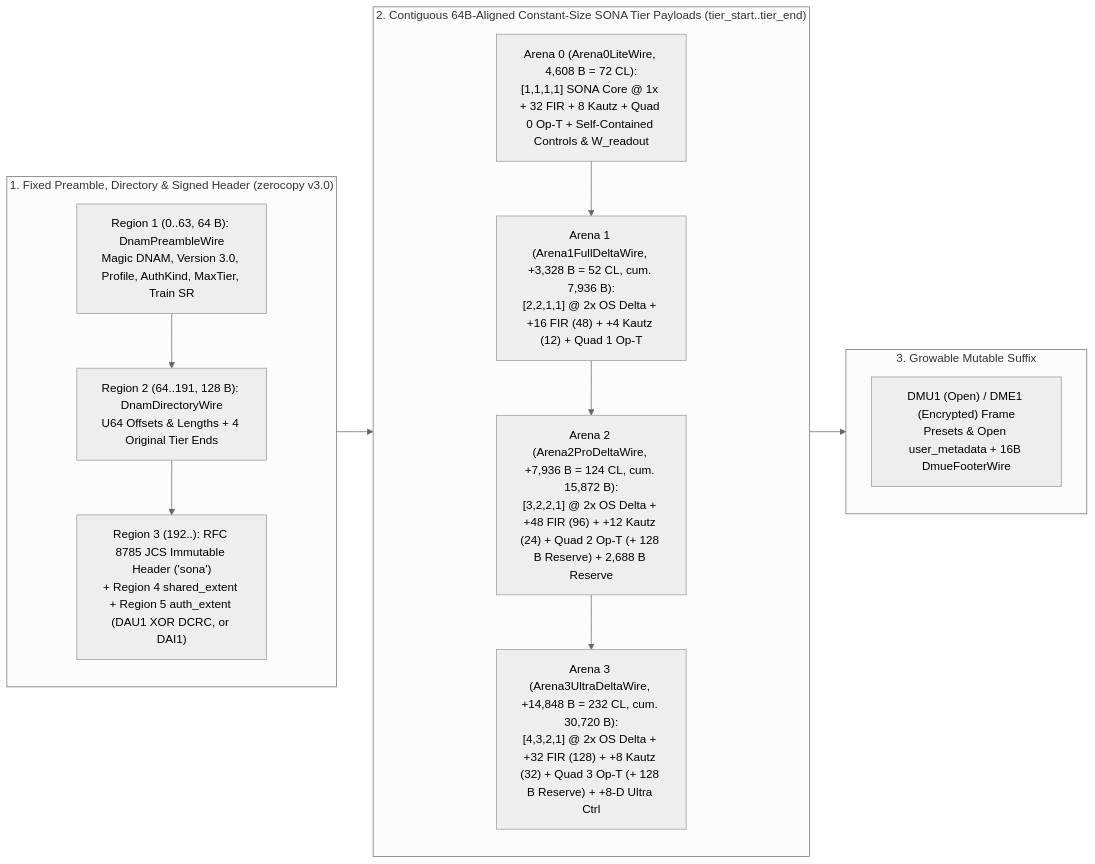
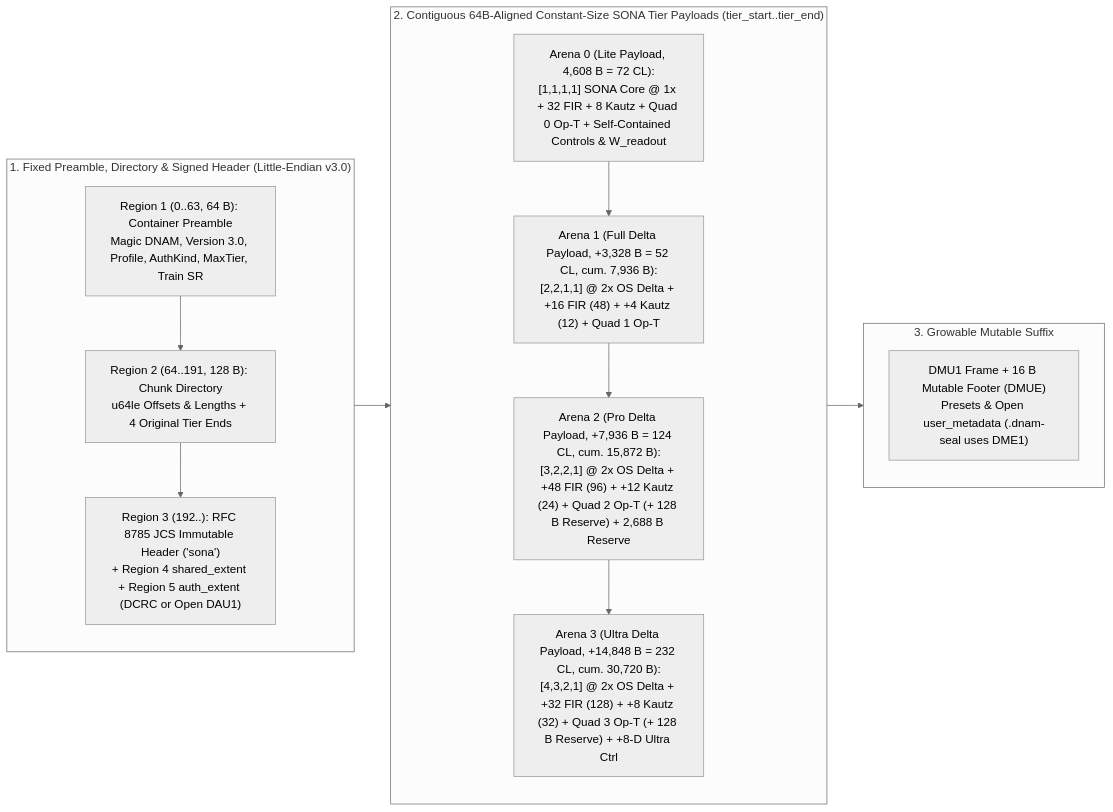
One commit to mokugen/dnam changed the diagram in docs/specs/containers/dnam_binary_format.md. Above: the diagram before and after it, drawn with Mermaid (neutral theme). The commit also changed other lines of this file and 198 other files, not shown here.

````diff
--- a/docs/specs/containers/dnam_binary_format.md
+++ b/docs/specs/containers/dnam_binary_format.md
@@ -36,25 +54,25 @@
 ```mermaid
 flowchart LR
-    subgraph Header ["1. Fixed Preamble, Directory & Signed Header (zerocopy v3.0)"]
+    subgraph Header ["1. Fixed Preamble, Directory & Signed Header (Little-Endian v3.0)"]
         direction TB
-        P["Region 1 (0..63, 64 B): DnamPreambleWire<br/>Magic DNAM, Version 3.0, Profile, AuthKind, MaxTier, Train SR"]
-        D["Region 2 (64..191, 128 B): DnamDirectoryWire<br/>U64 Offsets & Lengths + 4 Original Tier Ends"]
-        H["Region 3 (192..): RFC 8785 JCS Immutable Header ('sona')<br/>+ Region 4 shared_extent + Region 5 auth_extent (DAU1 XOR DCRC, or DAI1)"]
+        P["Region 1 (0..63, 64 B): Container Preamble<br/>Magic DNAM, Version 3.0, Profile, AuthKind, MaxTier, Train SR"]
+        D["Region 2 (64..191, 128 B): Chunk Directory<br/>u64le Offsets & Lengths + 4 Original Tier Ends"]
+        H["Region 3 (192..): RFC 8785 JCS Immutable Header ('sona')<br/>+ Region 4 shared_extent + Region 5 auth_extent (DCRC or Open DAU1)"]
         P --> D --> H
     end
 
     subgraph Arenas ["2. Contiguous 64B-Aligned Constant-Size SONA Tier Payloads (tier_start..tier_end)"]
         direction TB
-        A0["Arena 0 (Arena0LiteWire, 4,608 B = 72 CL):<br/>[1,1,1,1] SONA Core @ 1x + 32 FIR + 8 Kautz + Quad 0 Op-T + Self-Contained Controls & W_readout"]
-        A1["Arena 1 (Arena1FullDeltaWire, +3,328 B = 52 CL, cum. 7,936 B):<br/>[2,2,1,1] @ 2x OS Delta + +16 FIR (48) + +4 Kautz (12) + Quad 1 Op-T"]
-        A2["Arena 2 (Arena2ProDeltaWire, +7,936 B = 124 CL, cum. 15,872 B):<br/>[3,2,2,1] @ 2x OS Delta + +48 FIR (96) + +12 Kautz (24) + Quad 2 Op-T (+ 128 B Reserve) + 2,688 B Reserve"]
-        A3["Arena 3 (Arena3UltraDeltaWire, +14,848 B = 232 CL, cum. 30,720 B):<br/>[4,3,2,1] @ 2x OS Delta + +32 FIR (128) + +8 Kautz (32) + Quad 3 Op-T (+ 128 B Reserve) + +8-D Ultra Ctrl"]
+        A0["Arena 0 (Lite Payload, 4,608 B = 72 CL):<br/>[1,1,1,1] SONA Core @ 1x + 32 FIR + 8 Kautz + Quad 0 Op-T + Self-Contained Controls & W_readout"]
+        A1["Arena 1 (Full Delta Payload, +3,328 B = 52 CL, cum. 7,936 B):<br/>[2,2,1,1] @ 2x OS Delta + +16 FIR (48) + +4 Kautz (12) + Quad 1 Op-T"]
+        A2["Arena 2 (Pro Delta Payload, +7,936 B = 124 CL, cum. 15,872 B):<br/>[3,2,2,1] @ 2x OS Delta + +48 FIR (96) + +12 Kautz (24) + Quad 2 Op-T (+ 128 B Reserve) + 2,688 B Reserve"]
+        A3["Arena 3 (Ultra Delta Payload, +14,848 B = 232 CL, cum. 30,720 B):<br/>[4,3,2,1] @ 2x OS Delta + +32 FIR (128) + +8 Kautz (32) + Quad 3 Op-T (+ 128 B Reserve) + +8-D Ultra Ctrl"]
         A0 --> A1 --> A2 --> A3
     end
 
     subgraph Suffix ["3. Growable Mutable Suffix"]
-        M["DMU1 (Open) / DME1 (Encrypted) Frame<br/>Presets & Open user_metadata + 16B DmueFooterWire"]
+        M["DMU1 Frame + 16 B Mutable Footer (DMUE)<br/>Presets & Open user_metadata (.dnam-seal uses DME1)"]
     end
 
     Header --> Arenas --> Suffix
 ```
````
